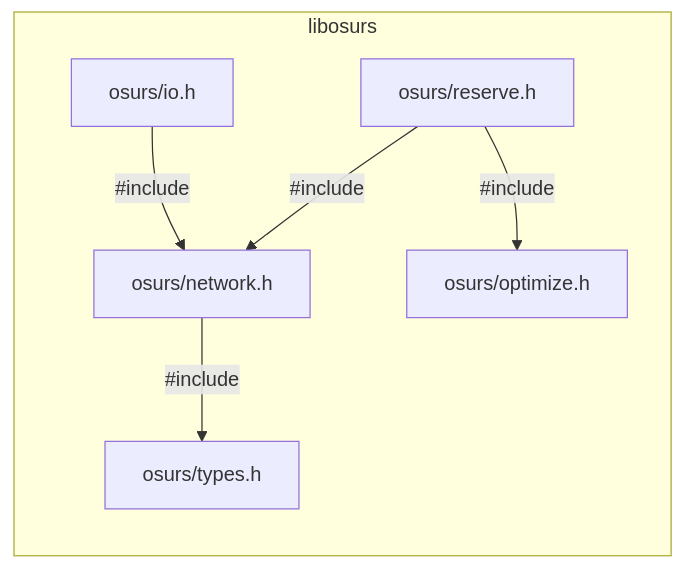
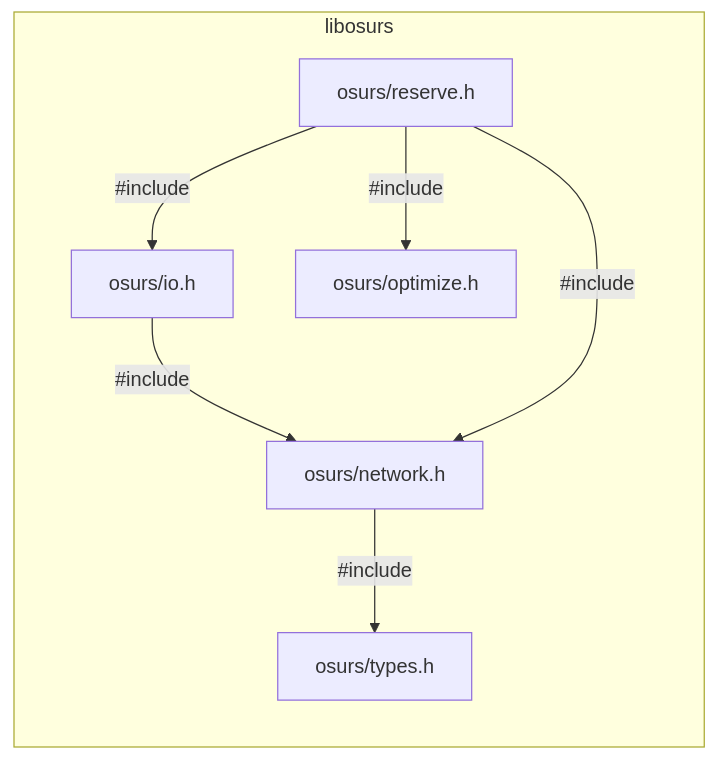
Before and after one commit to maptic/osurs: the first of 5 diagrams in README.md, drawn with Mermaid. The commit also changed other lines of this file and 13 other files, not shown here.

````diff
--- a/README.md
+++ b/README.md
@@ -17,9 +17,10 @@
 ```mermaid
 graph RL;
   subgraph libosurs;
     osurs/network.h-->|#include|osurs/types.h;
     osurs/io.h-->|#include|osurs/network.h
     osurs/reserve.h-->|#include|osurs/network.h;
+    osurs/reserve.h-->|#include|osurs/io.h;
     osurs/reserve.h-->|#include|osurs/optimize.h;
   end;
 ```
````
